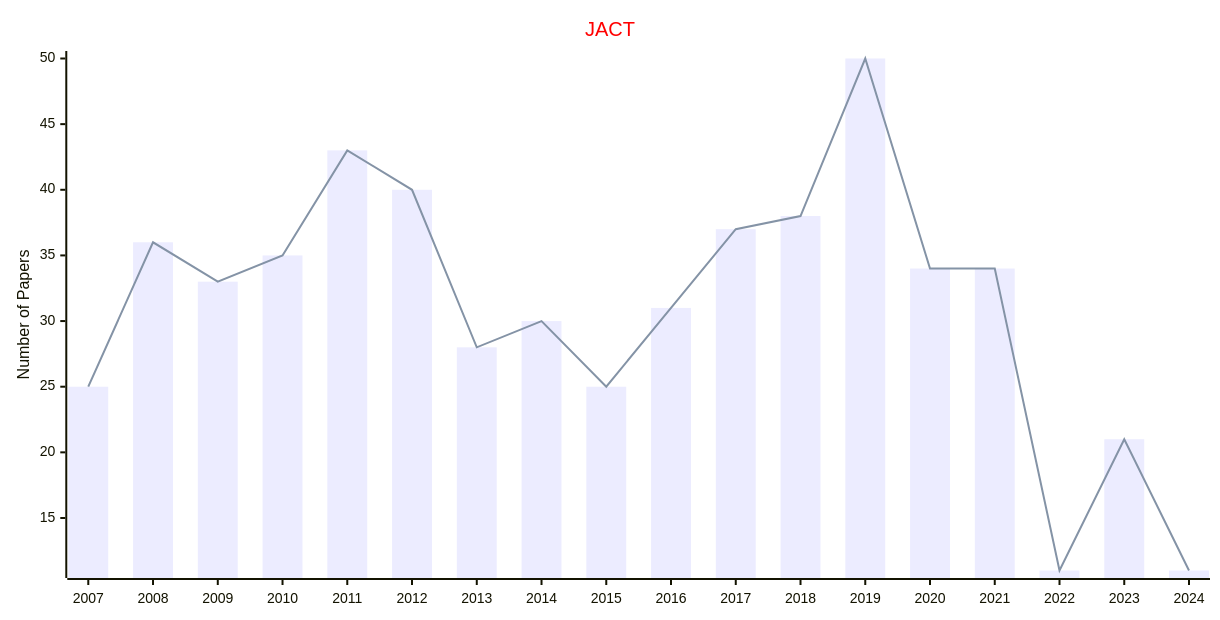
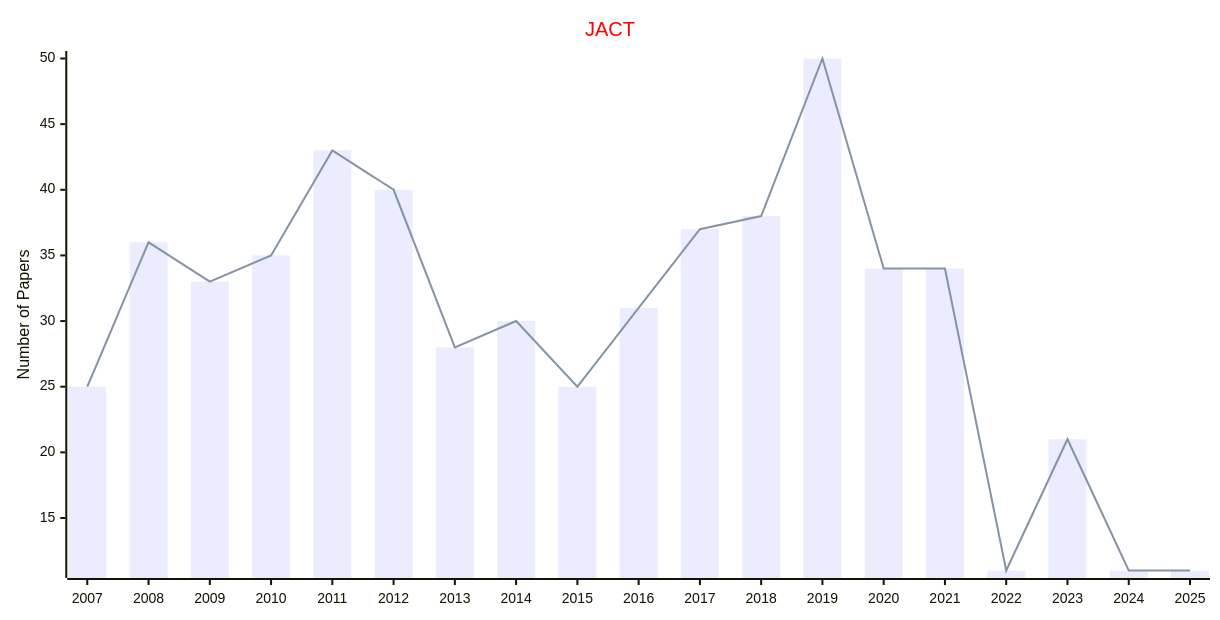
One commit to Easy-PhD/AILinks changed the diagram in docs/data/Journals/Statistics_Journals/Computational_Technology.md. Above: the diagram before and after it, drawn with Mermaid. The commit also changed 93 other files, not shown here.

````diff
--- a/docs/data/Journals/Statistics_Journals/Computational_Technology.md
+++ b/docs/data/Journals/Statistics_Journals/Computational_Technology.md
@@ -9,17 +9,17 @@
 ```mermaid
 ---
 config:
     xyChart:
         width: 1200
         height: 600
     themeVariables:
         xyChart:
             titleColor: "#ff0000"
 ---
 xychart-beta
     title "JACT"
-    x-axis [2007, 2008, 2009, 2010, 2011, 2012, 2013, 2014, 2015, 2016, 2017, 2018, 2019, 2020, 2021, 2022, 2023, 2024]
+    x-axis [2007, 2008, 2009, 2010, 2011, 2012, 2013, 2014, 2015, 2016, 2017, 2018, 2019, 2020, 2021, 2022, 2023, 2024, 2025]
     y-axis "Number of Papers"
-    bar [25, 36, 33, 35, 43, 40, 28, 30, 25, 31, 37, 38, 50, 34, 34, 11, 21, 11]
-    line [25, 36, 33, 35, 43, 40, 28, 30, 25, 31, 37, 38, 50, 34, 34, 11, 21, 11]
+    bar [25, 36, 33, 35, 43, 40, 28, 30, 25, 31, 37, 38, 50, 34, 34, 11, 21, 11, 11]
+    line [25, 36, 33, 35, 43, 40, 28, 30, 25, 31, 37, 38, 50, 34, 34, 11, 21, 11, 11]
 ```
````
